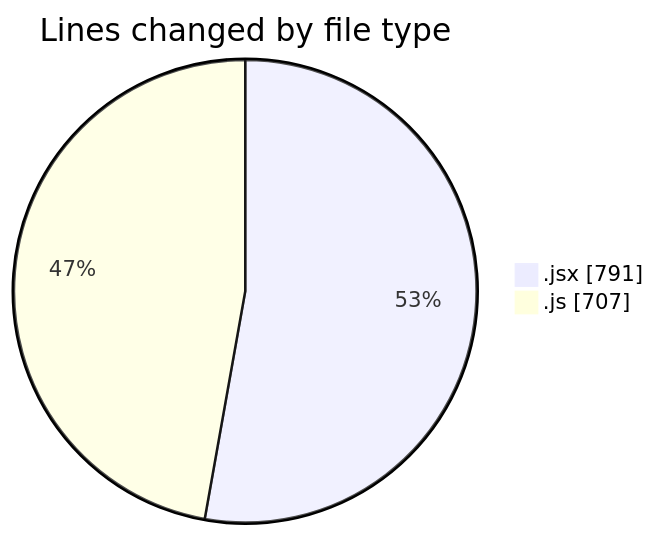
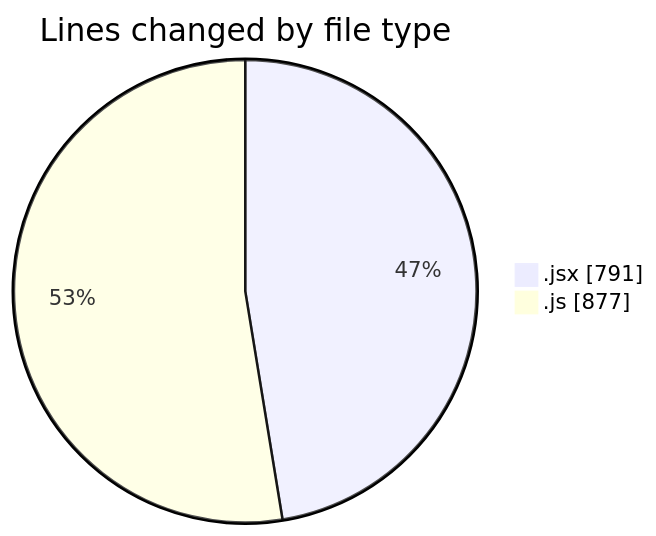
Before and after one commit to nxtqubesakshisongat/code-tracking: the first of 2 diagrams in 2025-09-10/nxtqube_webapp/README.md, drawn with Mermaid. The commit also changed other lines of this file and 1 other file, not shown here.

````diff
--- a/2025-09-10/nxtqube_webapp/README.md
+++ b/2025-09-10/nxtqube_webapp/README.md
@@ -21,6 +21,6 @@
 ```mermaid
 pie showData
 title Lines changed by file type
 ".jsx" : 791
-".js" : 707
+".js" : 877
 ```
````
